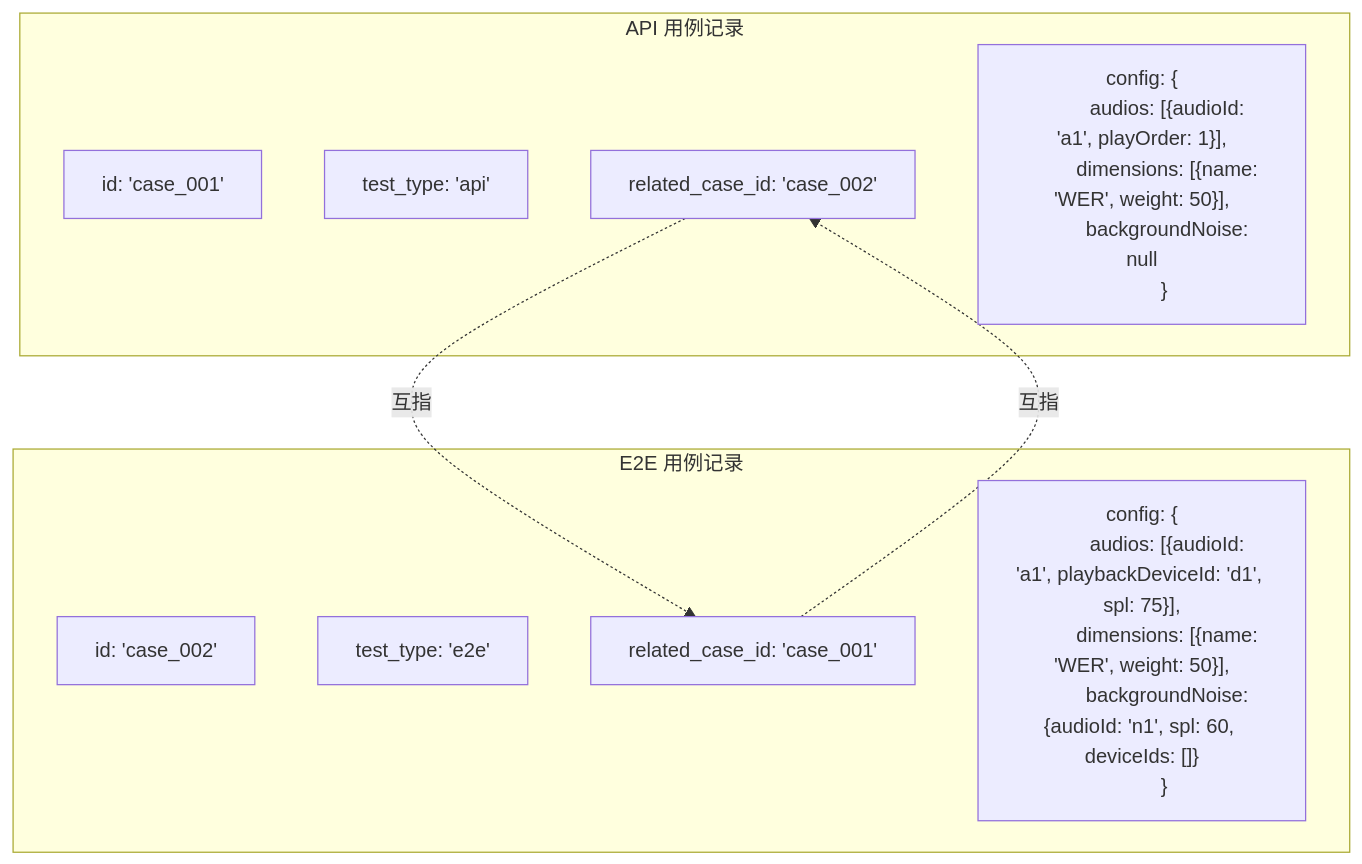
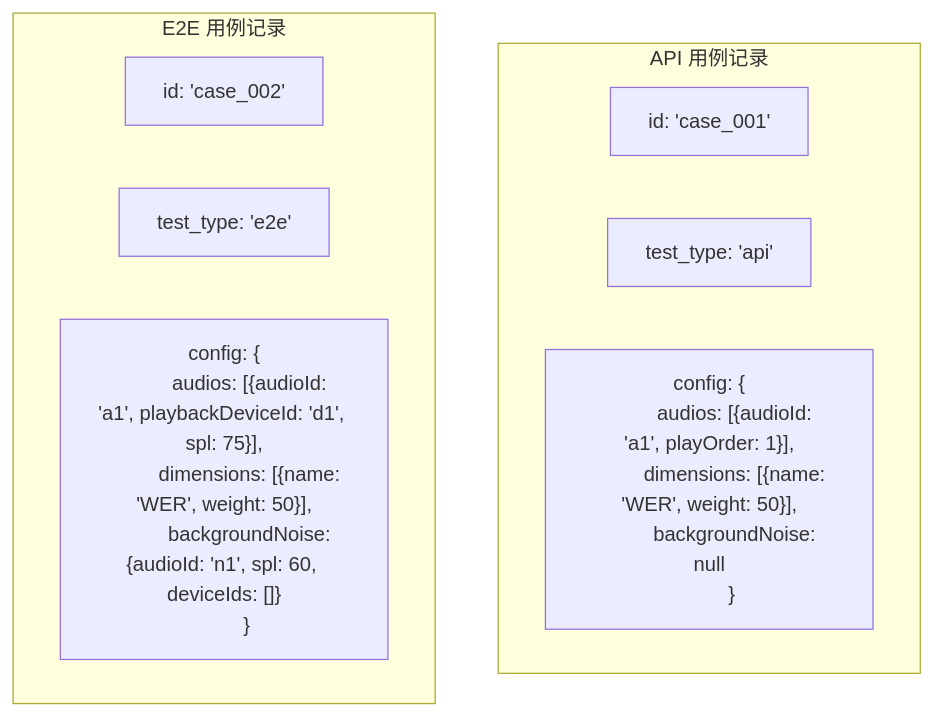
One commit to ydz-auto/intelligent_audio_test changed the first of 2 diagrams in Intelligent-Audio-TEST/doc/voice_llm/02_选用例/00_步骤总览.md. Above: the diagram before and after it, drawn with Mermaid. The commit also changed other lines of this file and 63 other files, not shown here.

````diff
--- a/Intelligent-Audio-TEST/doc/voice_llm/02_选用例/00_步骤总览.md
+++ b/Intelligent-Audio-TEST/doc/voice_llm/02_选用例/00_步骤总览.md
@@ -9,27 +9,22 @@
 ```mermaid
 graph TD
     subgraph API 用例记录
         A1[id: 'case_001']
         A2[test_type: 'api']
-        A3[related_case_id: 'case_002']
         A4["config: {
           audios: [{audioId: 'a1', playOrder: 1}],
           dimensions: [{name: 'WER', weight: 50}],
           backgroundNoise: null
         }"]
     end
 
     subgraph E2E 用例记录
         B1[id: 'case_002']
         B2[test_type: 'e2e']
-        B3[related_case_id: 'case_001']
         B4["config: {
           audios: [{audioId: 'a1', playbackDeviceId: 'd1', spl: 75}],
           dimensions: [{name: 'WER', weight: 50}],
           backgroundNoise: {audioId: 'n1', spl: 60, deviceIds: []}
         }"]
     end
-
-    A3 -.->|互指| B3
-    B3 -.->|互指| A3
 ```
````
